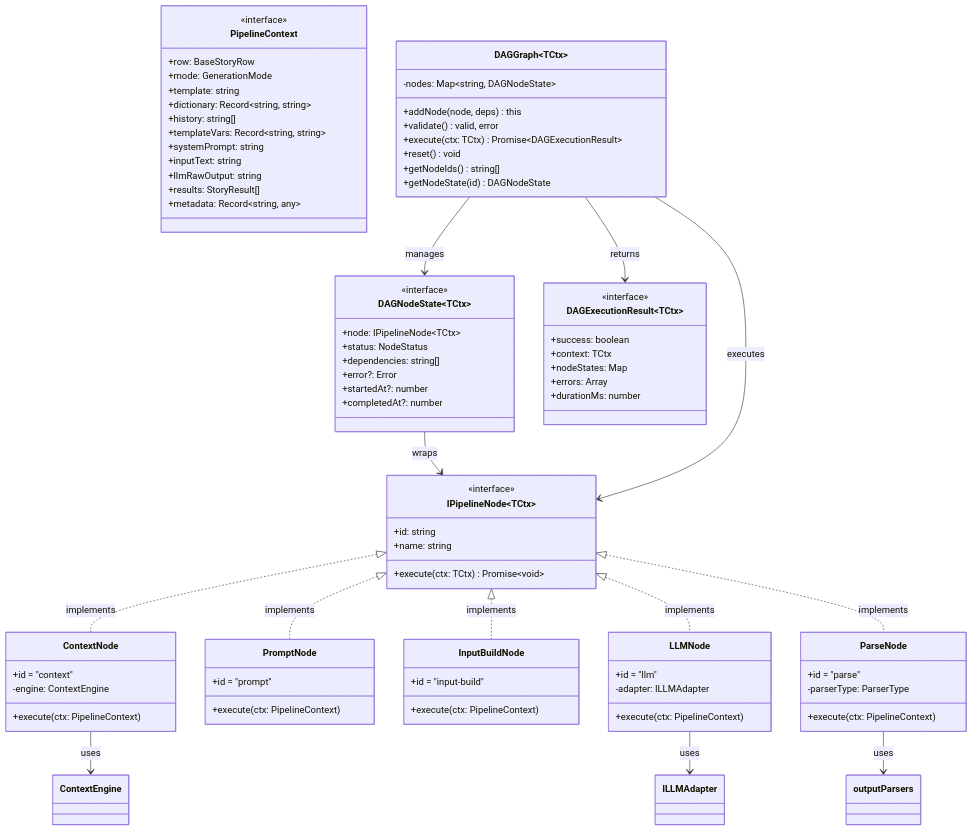
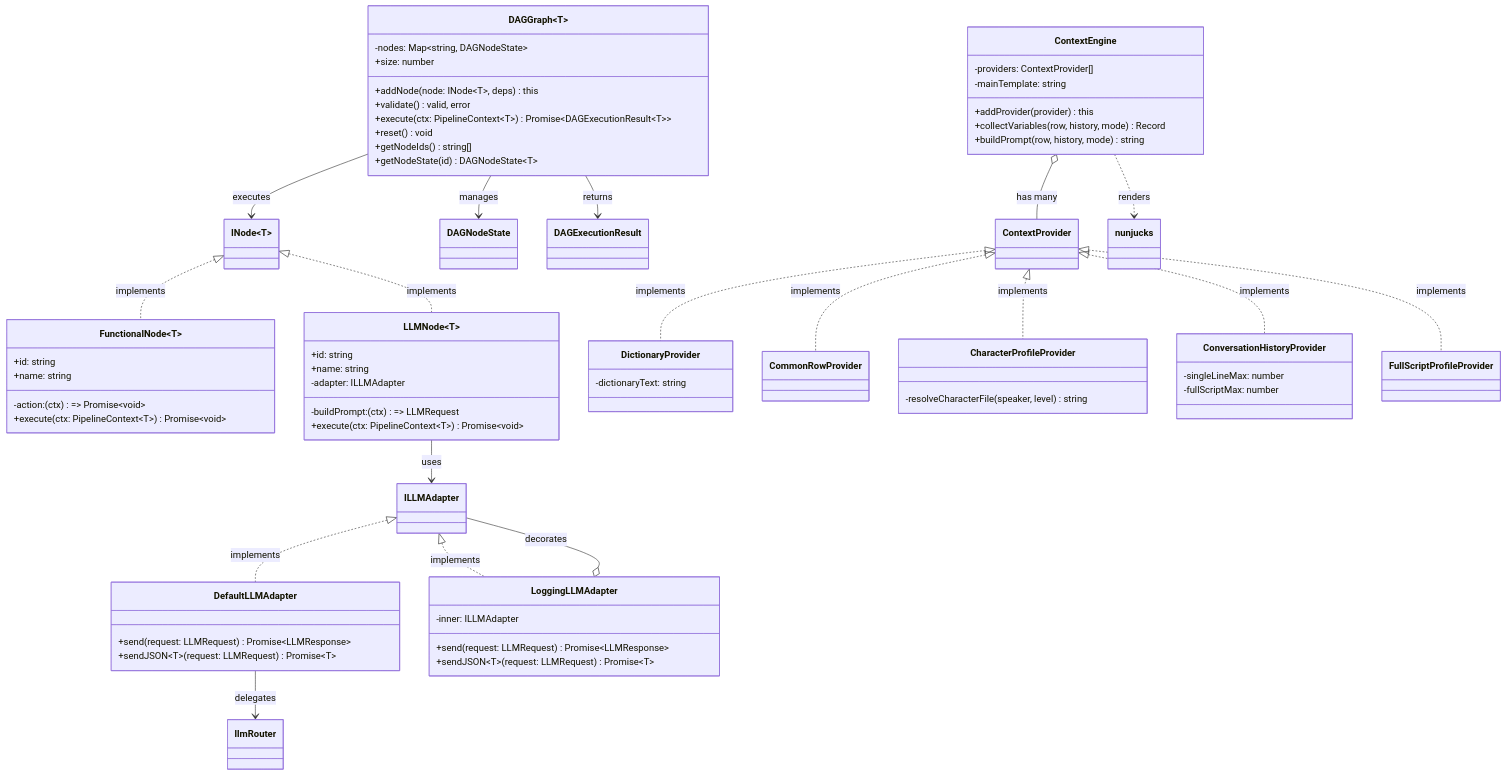
Before and after one commit to wslee-vivident/data-generator: the third of 4 diagrams in DAG_ARCHITECTURE_DIAGRAMS.md, drawn with Mermaid. The commit also changed other lines of this file and 11 other files, not shown here.

First line of the commit message:
refactor: Generic Core/Feature 분리 아키텍처로 DAG 엔진 재구성

````diff
--- a/DAG_ARCHITECTURE_DIAGRAMS.md
+++ b/DAG_ARCHITECTURE_DIAGRAMS.md
@@ -169,97 +188,84 @@
 classDiagram
     direction TB
 
-    class IPipelineNode~TCtx~ {
-        <<interface>>
+    %% ─── Core 클래스 ───
+    class DAGGraph~T~ {
+        -nodes: Map~string, DAGNodeState~
+        +addNode(node: INode~T~, deps) this
+        +validate() valid, error
+        +execute(ctx: PipelineContext~T~) Promise~DAGExecutionResult~T~~
+        +reset() void
+        +getNodeIds() string[]
+        +getNodeState(id) DAGNodeState~T~
+        +size: number
+    }
+
+    class FunctionalNode~T~ {
         +id: string
         +name: string
-        +execute(ctx: TCtx) Promise~void~
+        -action: (ctx) => Promise~void~
+        +execute(ctx: PipelineContext~T~) Promise~void~
     }
 
-    class PipelineContext {
-        <<interface>>
-        +row: BaseStoryRow
-        +mode: GenerationMode
-        +template: string
-        +dictionary: Record~string, string~
-        +history: string[]
-        +templateVars: Record~string, string~
-        +systemPrompt: string
-        +inputText: string
-        +llmRawOutput: string
-        +results: StoryResult[]
-        +metadata: Record~string, any~
+    class LLMNode~T~ {
+        +id: string
+        +name: string
+        -adapter: ILLMAdapter
+        -buildPrompt: (ctx) => LLMRequest
+        +execute(ctx: PipelineContext~T~) Promise~void~
     }
 
-    class DAGNodeState~TCtx~ {
-        <<interface>>
-        +node: IPipelineNode~TCtx~
-        +status: NodeStatus
-        +dependencies: string[]
-        +error?: Error
-        +startedAt?: number
-        +completedAt?: number
+    class DefaultLLMAdapter {
+        +send(request: LLMRequest) Promise~LLMResponse~
+        +sendJSON~T~(request: LLMRequest) Promise~T~
     }
 
-    class DAGExecutionResult~TCtx~ {
-        <<interface>>
-        +success: boolean
-        +context: TCtx
-        +nodeStates: Map
-        +errors: Array
-        +durationMs: number
+    class LoggingLLMAdapter {
+        -inner: ILLMAdapter
+        +send(request: LLMRequest) Promise~LLMResponse~
+        +sendJSON~T~(request: LLMRequest) Promise~T~
     }
 
-    class DAGGraph~TCtx~ {
-        -nodes: Map~string, DAGNodeState~
-        +addNode(node, deps) this
-        +validate() valid, error
-        +execute(ctx: TCtx) Promise~DAGExecutionResult~
-        +reset() void
-        +getNodeIds() string[]
-        +getNodeState(id) DAGNodeState
+    %% ─── Feature 클래스 (내부 사용) ───
+    class ContextEngine {
+        -providers: ContextProvider[]
+        -mainTemplate: string
+        +addProvider(provider) this
+        +collectVariables(row, history, mode) Record
+        +buildPrompt(row, history, mode) string
     }
 
-    class ContextNode {
-        +id = "context"
-        -engine: ContextEngine
-        +execute(ctx: PipelineContext)
+    class DictionaryProvider {
+        -dictionaryText: string
     }
+    class CommonRowProvider
+    class CharacterProfileProvider {
+        -resolveCharacterFile(speaker, level) string
+    }
+    class ConversationHistoryProvider {
+        -singleLineMax: number
+        -fullScriptMax: number
+    }
+    class FullScriptProfileProvider
 
-    class PromptNode {
-        +id = "prompt"
-        +execute(ctx: PipelineContext)
-    }
+    %% ─── implements 관계 ───
+    INode~T~ <|.. FunctionalNode : implements
+    INode~T~ <|.. LLMNode : implements
+    ILLMAdapter <|.. DefaultLLMAdapter : implements
+    ILLMAdapter <|.. LoggingLLMAdapter : implements
+    ContextProvider <|.. DictionaryProvider : implements
+    ContextProvider <|.. CommonRowProvider : implements
+    ContextProvider <|.. CharacterProfileProvider : implements
+    ContextProvider <|.. ConversationHistoryProvider : implements
+    ContextProvider <|.. FullScriptProfileProvider : implements
 
-    class InputBuildNode {
-        +id = "input-build"
-        +execute(ctx: PipelineContext)
-    }
-
-    class LLMNode {
-        +id = "llm"
-        -adapter: ILLMAdapter
-        +execute(ctx: PipelineContext)
-    }
-
-    class ParseNode {
-        +id = "parse"
-        -parserType: ParserType
-        +execute(ctx: PipelineContext)
-    }
-
-    IPipelineNode <|.. ContextNode : implements
-    IPipelineNode <|.. PromptNode : implements
-    IPipelineNode <|.. InputBuildNode : implements
-    IPipelineNode <|.. LLMNode : implements
-    IPipelineNode <|.. ParseNode : implements
-
+    %% ─── 의존/사용 관계 ───
+    DAGGraph --> INode : executes
     DAGGraph --> DAGNodeState : manages
     DAGGraph --> DAGExecutionResult : returns
-    DAGNodeState --> IPipelineNode : wraps
-    DAGGraph --> IPipelineNode : executes
-
-    ContextNode --> ContextEngine : uses
     LLMNode --> ILLMAdapter : uses
-    ParseNode --> outputParsers : uses
+    LoggingLLMAdapter o-- ILLMAdapter : decorates
+    DefaultLLMAdapter --> llmRouter : delegates
+    ContextEngine o-- ContextProvider : has many
+    ContextEngine ..> nunjucks : renders
 ```
````
